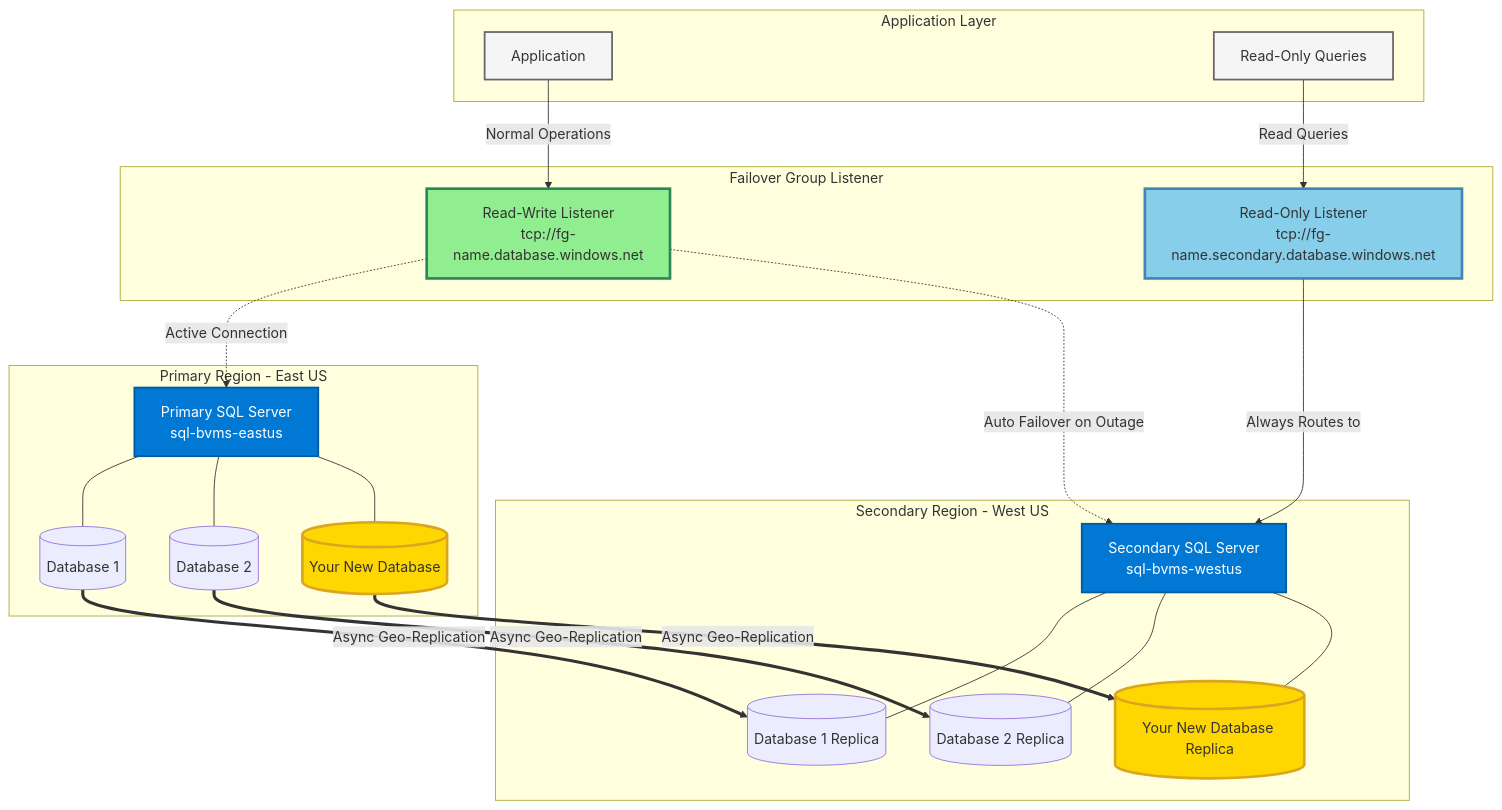
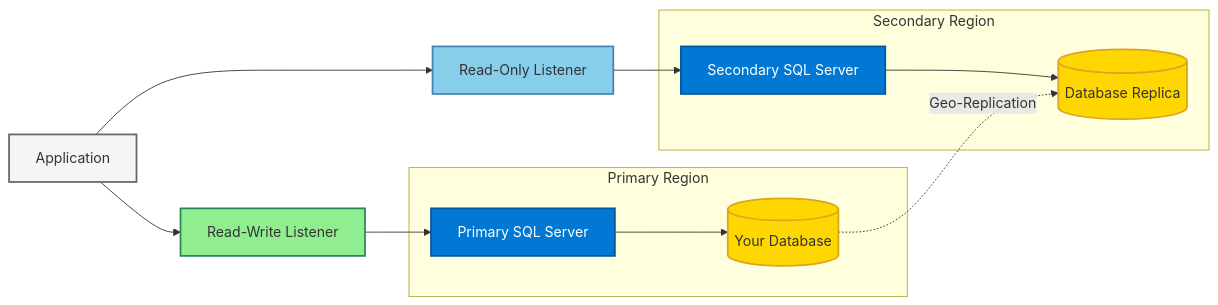
One commit to NguyenPhamCode4You/ai-home-lab-docker-compose changed the seventh of 8 diagrams in transcribe/Deployment-Azure-Prod.md. Above: the diagram before and after it, drawn with Mermaid.

````diff
--- a/transcribe/Deployment-Azure-Prod.md
+++ b/transcribe/Deployment-Azure-Prod.md
@@ -1023,58 +1023,42 @@
 ```mermaid
-graph TB
-    subgraph APP["Application Layer"]
-        APP1[Application]
-        APP2[Read-Only Queries]
+graph LR
+    %% Application Layer
+    APP[Application]
+
+    %% Failover Group Listeners
+    RW[Read-Write Listener]
+    RO[Read-Only Listener]
+
+    %% Primary Region
+    subgraph PRIMARY["Primary Region"]
+        PS[Primary SQL Server]
+        PDB[(Your Database)]
     end
 
-    subgraph FG["Failover Group Listener"]
-        RW[Read-Write Listener<br/>tcp://fg-name.database.windows.net]
-        RO[Read-Only Listener<br/>tcp://fg-name.secondary.database.windows.net]
+    %% Secondary Region
+    subgraph SECONDARY["Secondary Region"]
+        SS[Secondary SQL Server]
+        SDB[(Database Replica)]
     end
 
-    subgraph PRIMARY["Primary Region - East US"]
-        PS[Primary SQL Server<br/>sql-bvms-eastus]
-        PDB1[(Database 1)]
-        PDB2[(Database 2)]
-        PDB3[(Your New Database)]
+    %% Clean connections
+    APP --> RW
+    APP --> RO
 
-        PS --- PDB1
-        PS --- PDB2
-        PS --- PDB3
-    end
+    RW --> PS
+    RO --> SS
 
-    subgraph SECONDARY["Secondary Region - West US"]
-        SS[Secondary SQL Server<br/>sql-bvms-westus]
-        SDB1[(Database 1 Replica)]
-        SDB2[(Database 2 Replica)]
-        SDB3[(Your New Database Replica)]
+    PS --> PDB
+    SS --> SDB
 
-        SS --- SDB1
-        SS --- SDB2
-        SS --- SDB3
-    end
-
-    %% Application connections
-    APP1 -->|Normal Operations| RW
-    APP2 -->|Read Queries| RO
-
-    %% Listener routing
-    RW -.->|Active Connection| PS
-    RW -.->|Auto Failover on Outage| SS
-    RO -->|Always Routes to| SS
-
-    %% Geo-Replication
-    PDB1 ==>|Async Geo-Replication| SDB1
-    PDB2 ==>|Async Geo-Replication| SDB2
-    PDB3 ==>|Async Geo-Replication| SDB3
+    PDB -.->|Geo-Replication| SDB
 
     %% Styling
-    style RW fill:#90EE90,stroke:#2d8659,stroke-width:3px
-    style RO fill:#87CEEB,stroke:#4682b4,stroke-width:3px
+    style APP fill:#f5f5f5,stroke:#666,stroke-width:2px
+    style RW fill:#90EE90,stroke:#2d8659,stroke-width:2px
+    style RO fill:#87CEEB,stroke:#4682b4,stroke-width:2px
     style PS fill:#0078D4,stroke:#005a9e,stroke-width:2px,color:#fff
     style SS fill:#0078D4,stroke:#005a9e,stroke-width:2px,color:#fff
-    style PDB3 fill:#FFD700,stroke:#DAA520,stroke-width:3px
-    style SDB3 fill:#FFD700,stroke:#DAA520,stroke-width:3px
-    style APP1 fill:#f5f5f5,stroke:#666,stroke-width:2px
-    style APP2 fill:#f5f5f5,stroke:#666,stroke-width:2px
+    style PDB fill:#FFD700,stroke:#DAA520,stroke-width:2px
+    style SDB fill:#FFD700,stroke:#DAA520,stroke-width:2px
 ```
````
